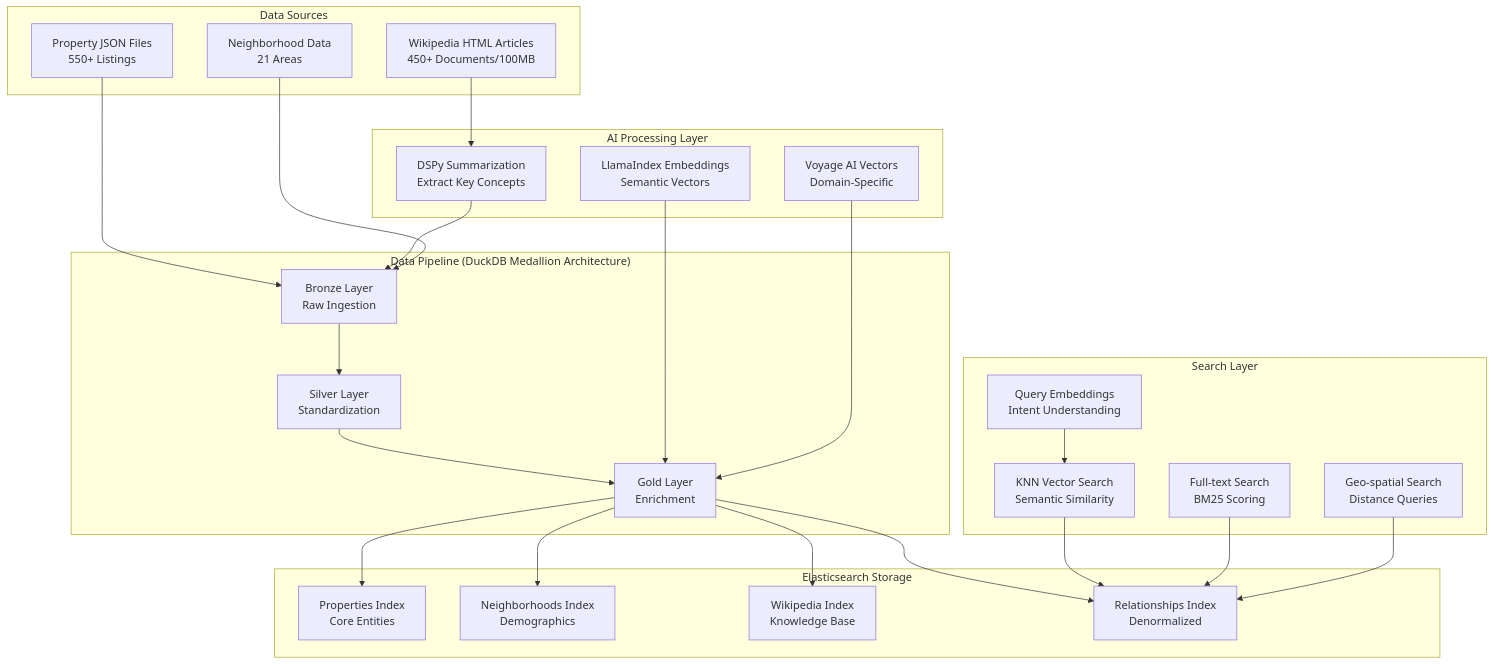
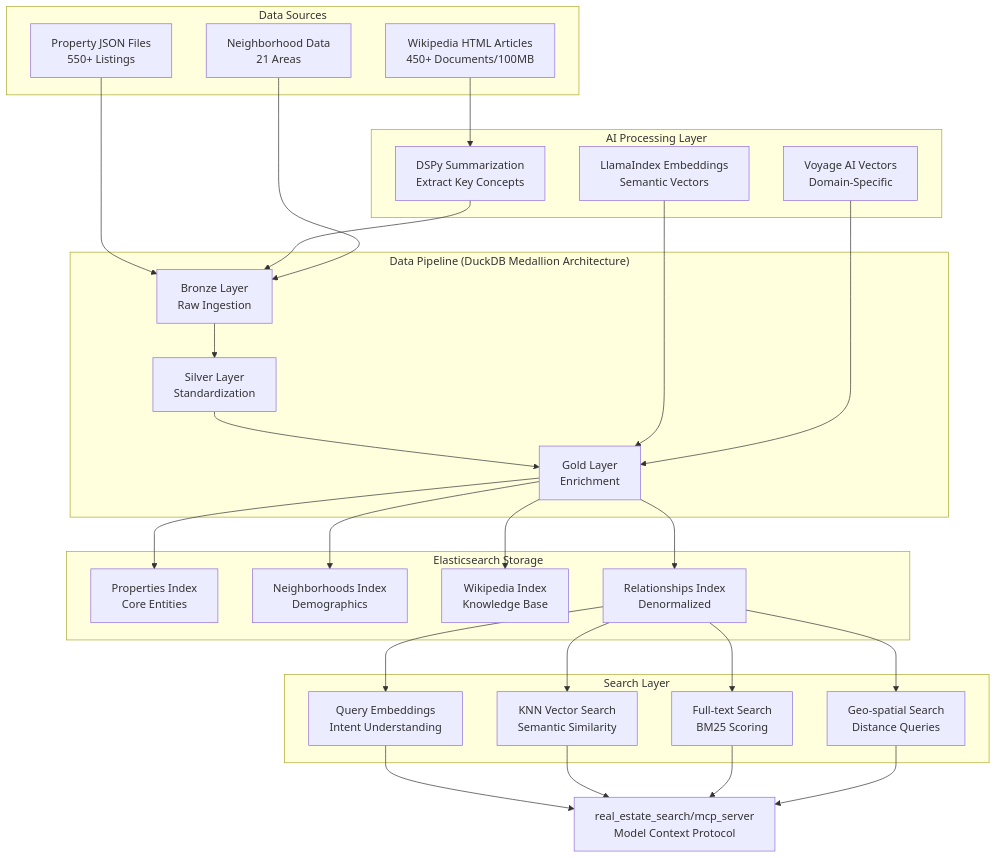
Before and after one commit to retroryan/real_estate_ai_search: the first of 2 diagrams in README.md, drawn with Mermaid. The commit also changed 3 other files, not shown here.

````diff
--- a/README.md
+++ b/README.md
@@ -34,50 +34,55 @@
 ```mermaid
 graph TB
     subgraph "Data Sources"
         A[Property JSON Files<br/>550+ Listings] 
         B[Wikipedia HTML Articles<br/>450+ Documents/100MB]
         C[Neighborhood Data<br/>21 Areas]
     end
     
     subgraph "AI Processing Layer"
         D[DSPy Summarization<br/>Extract Key Concepts]
         E[LlamaIndex Embeddings<br/>Semantic Vectors]
         F[Voyage AI Vectors<br/>Domain-Specific]
     end
     
     subgraph "Data Pipeline (DuckDB Medallion Architecture)"
         G[Bronze Layer<br/>Raw Ingestion]
         H[Silver Layer<br/>Standardization]
         I[Gold Layer<br/>Enrichment]
     end
     
     subgraph "Elasticsearch Storage"
         J[Properties Index<br/>Core Entities]
         K[Neighborhoods Index<br/>Demographics]
         L[Wikipedia Index<br/>Knowledge Base]
         M[Relationships Index<br/>Denormalized]
     end
     
     subgraph "Search Layer"
         N[Query Embeddings<br/>Intent Understanding]
         O[KNN Vector Search<br/>Semantic Similarity]
         P[Full-text Search<br/>BM25 Scoring]
         Q[Geo-spatial Search<br/>Distance Queries]
     end
     
     A --> G
     B --> D --> G
     C --> G
     G --> H
     H --> I
     E --> I
     F --> I
     I --> J
     I --> K
     I --> L
     I --> M
-    N --> O
-    O --> M
-    P --> M
-    Q --> M
+    M --> N
+    M --> O
+    M --> P
+    M --> Q
+    
+    N --> R[real_estate_search/mcp_server<br/>Model Context Protocol]
+    O --> R
+    P --> R
+    Q --> R
 ```
````
